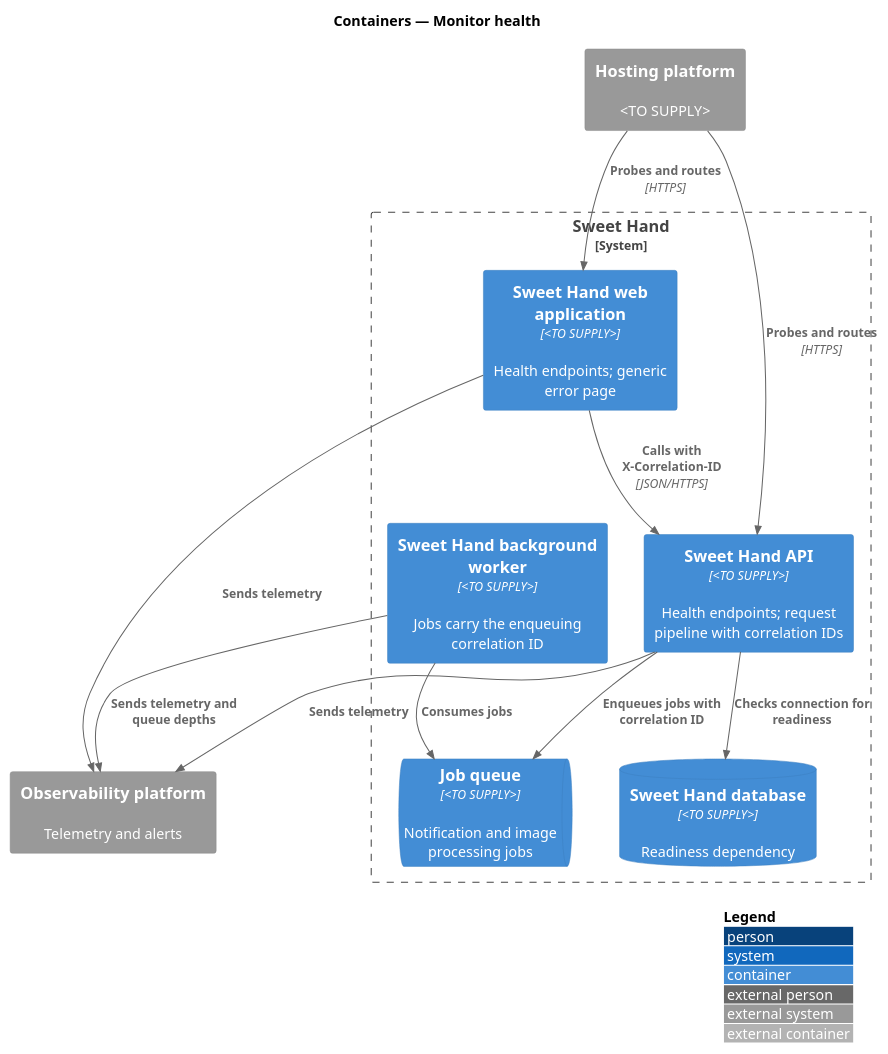
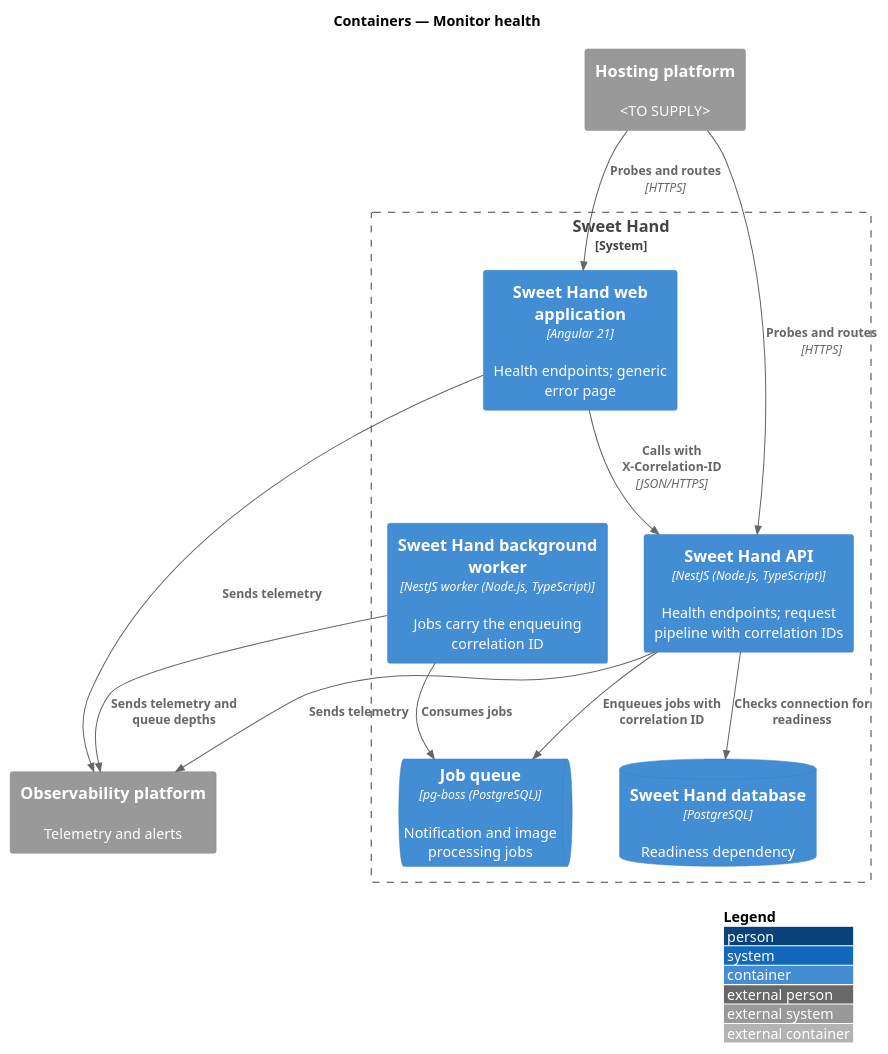
One commit to QuinntyneBrown/sweet-hand changed the diagram in docs/detailed-designs/platform/monitor-health/diagrams/c4-container.puml. Above: the diagram before and after it, drawn with PlantUML. The commit also changed 34 other files, not shown here.

```diff
--- a/docs/detailed-designs/platform/monitor-health/diagrams/c4-container.puml
+++ b/docs/detailed-designs/platform/monitor-health/diagrams/c4-container.puml
@@ -1,25 +1,25 @@
 @startuml
 !include <C4/C4_Container>
 LAYOUT_WITH_LEGEND()
 title Containers — Monitor health
 
 System_Ext(hosting, "Hosting platform", "<TO SUPPLY>")
 System_Ext(obs, "Observability platform", "Telemetry and alerts")
 System_Boundary(sweethand, "Sweet Hand") {
-  Container(web, "Sweet Hand web application", "<TO SUPPLY>", "Health endpoints; generic error page")
-  Container(api, "Sweet Hand API", "<TO SUPPLY>", "Health endpoints; request pipeline with correlation IDs")
-  Container(worker, "Sweet Hand background worker", "<TO SUPPLY>", "Jobs carry the enqueuing correlation ID")
-  ContainerDb(db, "Sweet Hand database", "<TO SUPPLY>", "Readiness dependency")
-  ContainerQueue(queue, "Job queue", "<TO SUPPLY>", "Notification and image processing jobs")
+  Container(web, "Sweet Hand web application", "Angular 21", "Health endpoints; generic error page")
+  Container(api, "Sweet Hand API", "NestJS (Node.js, TypeScript)", "Health endpoints; request pipeline with correlation IDs")
+  Container(worker, "Sweet Hand background worker", "NestJS worker (Node.js, TypeScript)", "Jobs carry the enqueuing correlation ID")
+  ContainerDb(db, "Sweet Hand database", "PostgreSQL", "Readiness dependency")
+  ContainerQueue(queue, "Job queue", "pg-boss (PostgreSQL)", "Notification and image processing jobs")
 }
 
 Rel(hosting, web, "Probes and routes", "HTTPS")
 Rel(hosting, api, "Probes and routes", "HTTPS")
 Rel(web, api, "Calls with X-Correlation-ID", "JSON/HTTPS")
 Rel(api, db, "Checks connection for readiness")
 Rel(api, queue, "Enqueues jobs with correlation ID")
 Rel(worker, queue, "Consumes jobs")
 Rel(web, obs, "Sends telemetry")
 Rel(api, obs, "Sends telemetry")
 Rel(worker, obs, "Sends telemetry and queue depths")
 @enduml
```
